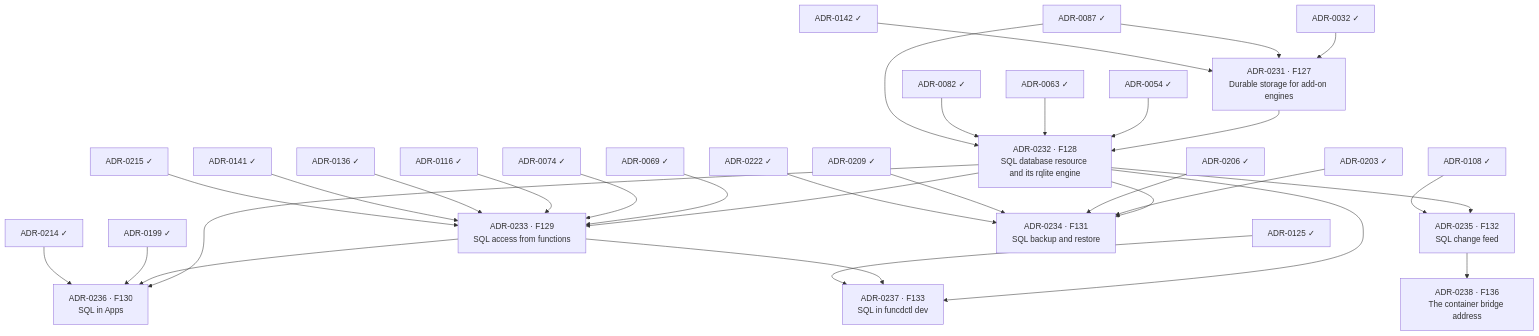
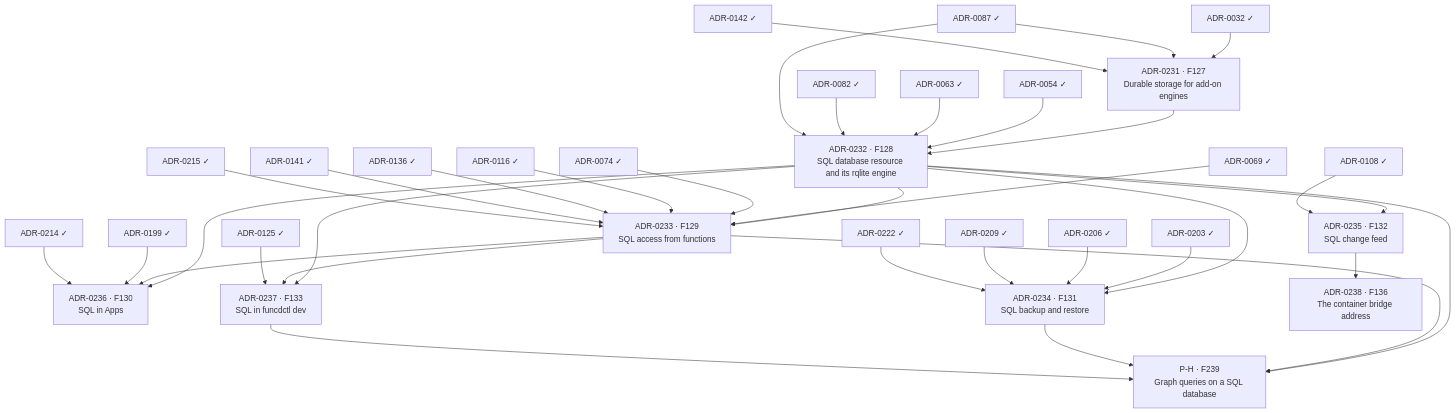
The diagram in docs/roadmap/sql-delivery-plan.md (pyvvo/funcd), drawn with Mermaid before and after one commit. The commit also changed other lines of this file and 3 other files, not shown here.

````diff
--- a/docs/roadmap/sql-delivery-plan.md
+++ b/docs/roadmap/sql-delivery-plan.md
@@ -62,62 +65,67 @@
 ```mermaid
 flowchart TB
     ADR_0032["ADR-0032 ✓"]
     ADR_0054["ADR-0054 ✓"]
     ADR_0063["ADR-0063 ✓"]
     ADR_0069["ADR-0069 ✓"]
     ADR_0074["ADR-0074 ✓"]
     ADR_0082["ADR-0082 ✓"]
     ADR_0087["ADR-0087 ✓"]
     ADR_0108["ADR-0108 ✓"]
     ADR_0116["ADR-0116 ✓"]
     ADR_0125["ADR-0125 ✓"]
     ADR_0136["ADR-0136 ✓"]
     ADR_0141["ADR-0141 ✓"]
     ADR_0142["ADR-0142 ✓"]
     ADR_0199["ADR-0199 ✓"]
     ADR_0203["ADR-0203 ✓"]
     ADR_0206["ADR-0206 ✓"]
     ADR_0209["ADR-0209 ✓"]
     ADR_0214["ADR-0214 ✓"]
     ADR_0215["ADR-0215 ✓"]
     ADR_0222["ADR-0222 ✓"]
     ADR_0231["ADR-0231 · F127<br/>Durable storage for add-on engines"]
     ADR_0232["ADR-0232 · F128<br/>SQL database resource and its rqlite engine"]
     ADR_0233["ADR-0233 · F129<br/>SQL access from functions"]
     ADR_0236["ADR-0236 · F130<br/>SQL in Apps"]
     ADR_0234["ADR-0234 · F131<br/>SQL backup and restore"]
     ADR_0235["ADR-0235 · F132<br/>SQL change feed"]
     ADR_0237["ADR-0237 · F133<br/>SQL in funcdctl dev"]
     ADR_0238["ADR-0238 · F136<br/>The container bridge address"]
+    P_H["P-H · F239<br/>Graph queries on a SQL database"]
 
     ADR_0032 --> ADR_0231
     ADR_0087 --> ADR_0231
     ADR_0142 --> ADR_0231
     ADR_0231 --> ADR_0232
     ADR_0054 --> ADR_0232
     ADR_0063 --> ADR_0232
     ADR_0082 --> ADR_0232
     ADR_0087 --> ADR_0232
     ADR_0232 --> ADR_0233
     ADR_0069 --> ADR_0233
     ADR_0074 --> ADR_0233
     ADR_0116 --> ADR_0233
     ADR_0136 --> ADR_0233
     ADR_0141 --> ADR_0233
     ADR_0215 --> ADR_0233
     ADR_0232 --> ADR_0236
     ADR_0233 --> ADR_0236
     ADR_0199 --> ADR_0236
     ADR_0214 --> ADR_0236
     ADR_0232 --> ADR_0234
     ADR_0203 --> ADR_0234
     ADR_0206 --> ADR_0234
     ADR_0209 --> ADR_0234
     ADR_0222 --> ADR_0234
     ADR_0232 --> ADR_0235
     ADR_0108 --> ADR_0235
     ADR_0232 --> ADR_0237
     ADR_0233 --> ADR_0237
     ADR_0125 --> ADR_0237
     ADR_0235 --> ADR_0238
+    ADR_0232 --> P_H
+    ADR_0233 --> P_H
+    ADR_0234 --> P_H
+    ADR_0237 --> P_H
 ```
````
